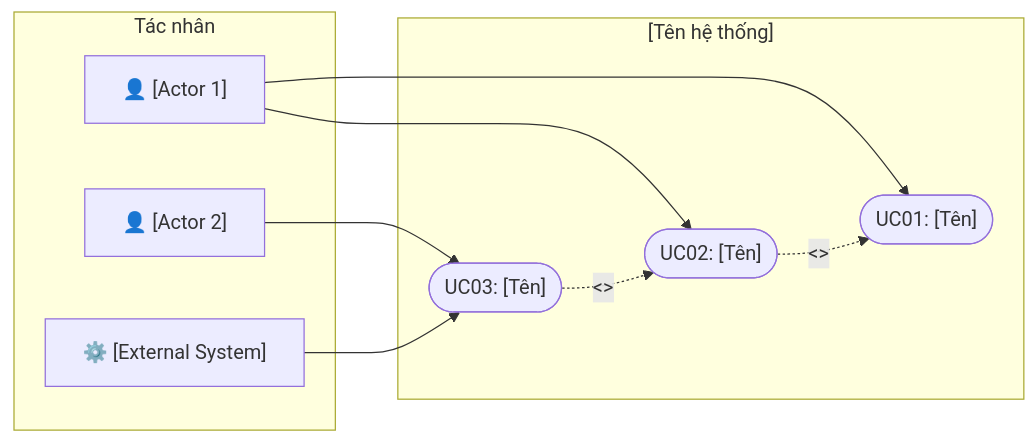
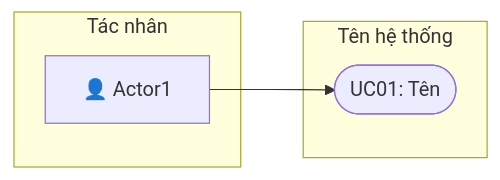
The first of 3 diagrams in .claude/commands/prd-generator.md (nguyenvananh205-rgb/Vanh), drawn with Mermaid before and after one commit. The commit also changed other lines of this file, not shown here.

````diff
--- a/.claude/commands/prd-generator.md
+++ b/.claude/commands/prd-generator.md
@@ -113,19 +241,10 @@
 ```mermaid
 graph LR
     subgraph Actors["Tác nhân"]
-        A1["👤 [Actor 1]"]
-        A2["👤 [Actor 2]"]
-        SYS["⚙️ [External System]"]
+        A1["👤 Actor1"]
     end
-    subgraph System["[Tên hệ thống]"]
-        UC01(["UC01: [Tên]"])
-        UC02(["UC02: [Tên]"])
-        UC03(["UC03: [Tên]"])
+    subgraph System["Tên hệ thống"]
+        UC01(["UC01: Tên"])
     end
     A1 --> UC01
-    A1 --> UC02
-    A2 --> UC03
-    UC02 -.->|"<<include>>"| UC01
-    UC03 -.->|"<<extend>>"| UC02
-    SYS --> UC03
 ```
````
